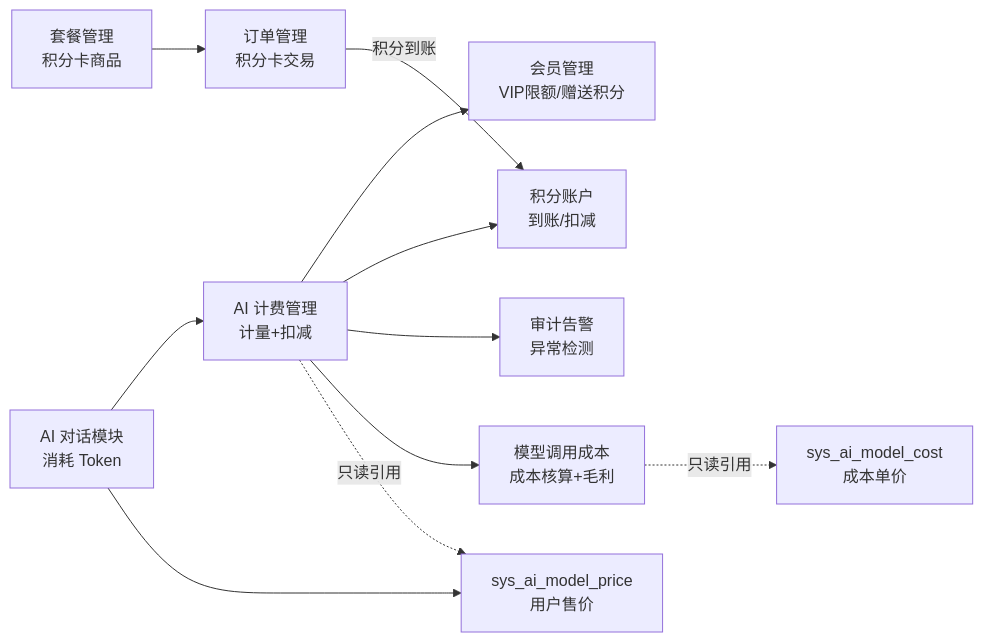
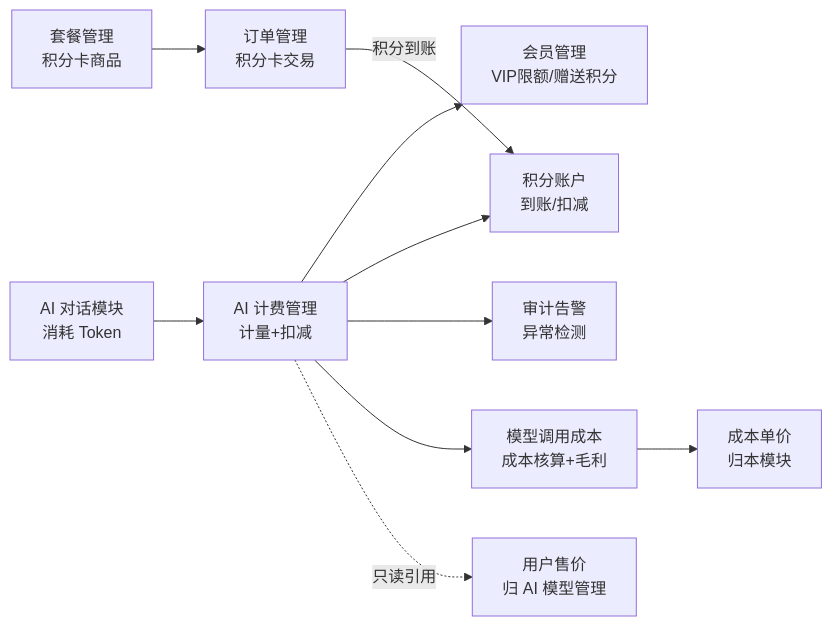
The diagram in dehaze-doc/docs/03-模块设计/基础模块/AI计费管理/需求规格.md (earthy-zinc/dehaze-system), drawn with Mermaid before and after one commit. The commit also changed other lines of this file and 694 other files, not shown here.

````diff
--- a/dehaze-doc/docs/03-模块设计/基础模块/AI计费管理/需求规格.md
+++ b/dehaze-doc/docs/03-模块设计/基础模块/AI计费管理/需求规格.md
@@ -41,13 +29,12 @@
 ```mermaid
 flowchart LR
     A[AI 对话模块<br/>消耗 Token] --> B[AI 计费管理<br/>计量+扣减]
     B --> C[会员管理<br/>VIP限额/赠送积分]
     B --> D[积分账户<br/>到账/扣减]
     B --> E[审计告警<br/>异常检测]
     B --> G[模型调用成本<br/>成本核算+毛利]
     H[套餐管理<br/>积分卡商品] --> I[订单管理<br/>积分卡交易]
     I -->|积分到账| D
-    A --> F[sys_ai_model_price<br/>用户售价]
-    B -.->|只读引用| F
-    G -.->|只读引用| J[sys_ai_model_cost<br/>成本单价]
+    B -.->|只读引用| F[用户售价<br/>归 AI 模型管理]
+    G --> J[成本单价<br/>归本模块]
 ```
````
